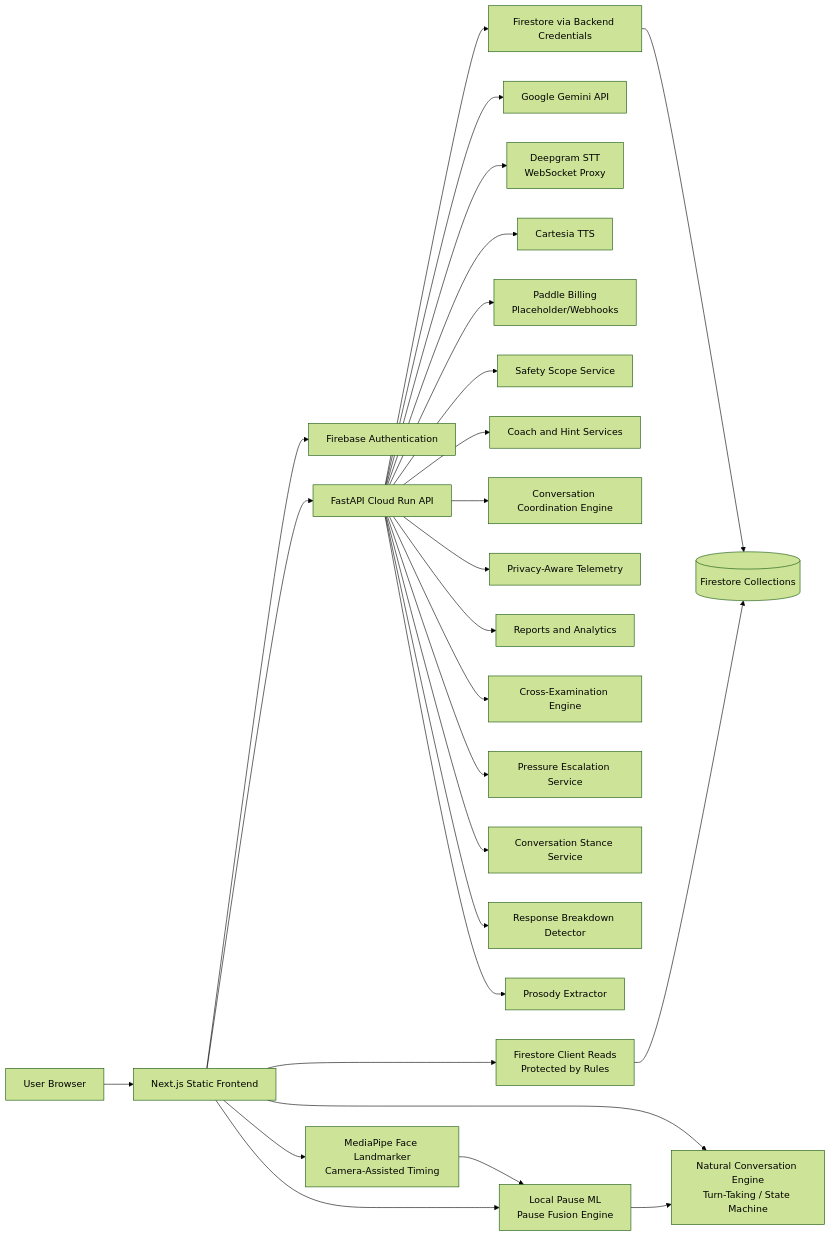
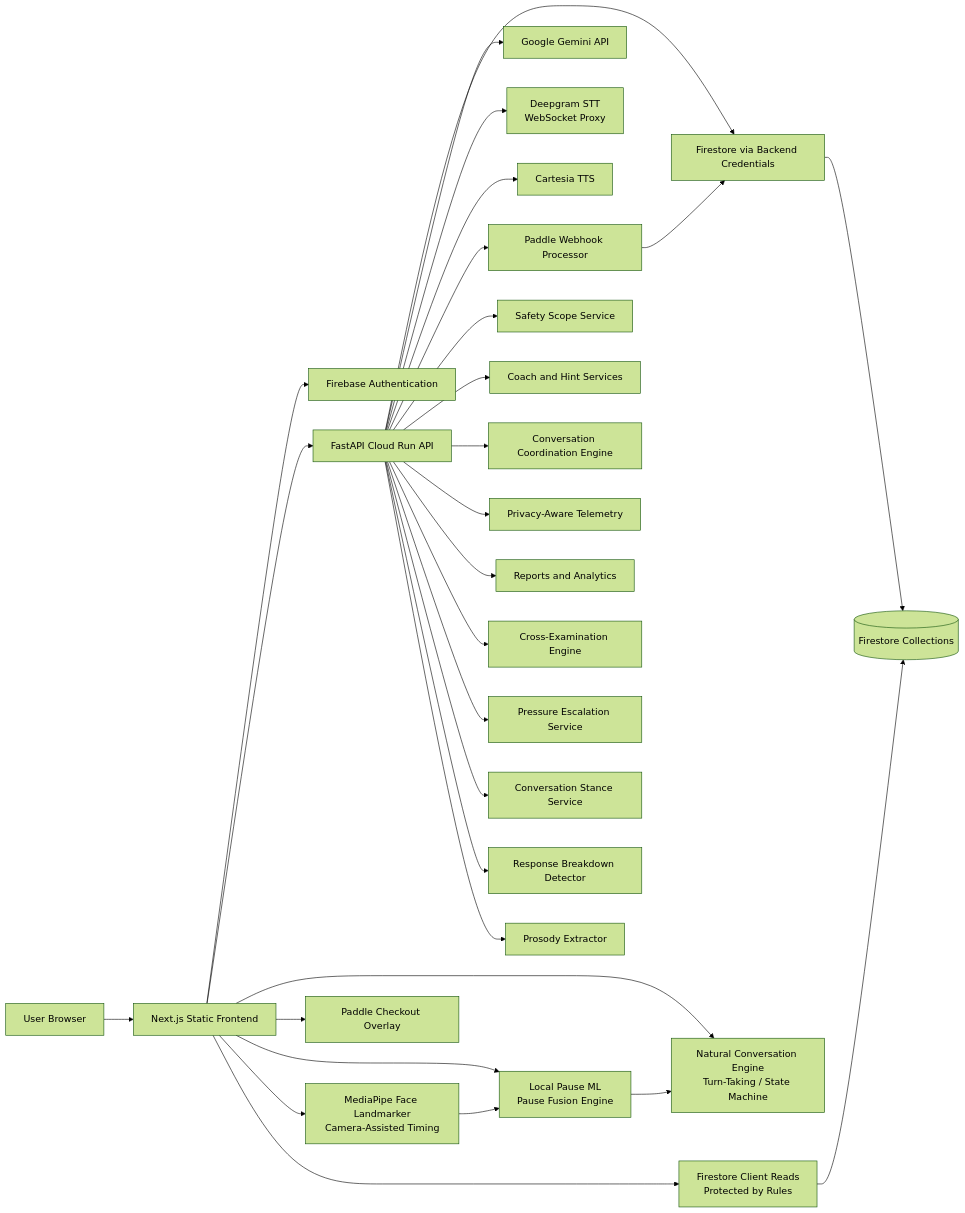
The first of 2 diagrams in docs/architecture.md (salkhan-ops/rehearseai), drawn with Mermaid (forest theme) before and after one commit. The commit also changed other lines of this file and 24 other files, not shown here.

````diff
--- a/docs/architecture.md
+++ b/docs/architecture.md
@@ -21,34 +22,37 @@
 ```mermaid
 flowchart LR
   User[User Browser] --> Frontend[Next.js Static Frontend]
   Frontend --> FirebaseAuth[Firebase Authentication]
   Frontend --> API[FastAPI Cloud Run API]
   Frontend --> FirestoreRules[Firestore Client Reads\nProtected by Rules]
 
   Frontend --> NaturalConv[Natural Conversation Engine\nTurn-Taking / State Machine]
   Frontend --> MediaPipe[MediaPipe Face Landmarker\nCamera-Assisted Timing]
   Frontend --> LocalML[Local Pause ML\nPause Fusion Engine]
+  Frontend --> Paddle[Paddle Checkout Overlay]
 
   MediaPipe --> LocalML
   LocalML --> NaturalConv
 
   API --> FirestoreAdmin[Firestore via Backend Credentials]
   API --> Gemini[Google Gemini API]
   API --> Deepgram[Deepgram STT\nWebSocket Proxy]
   API --> Cartesia[Cartesia TTS]
-  API --> Paddle[Paddle Billing\nPlaceholder/Webhooks]
+  API --> PaddleWebhook[Paddle Webhook Processor]
+
+  PaddleWebhook --> FirestoreAdmin
 
   FirestoreAdmin --> Data[(Firestore Collections)]
   FirestoreRules --> Data
 
   API --> Safety[Safety Scope Service]
   API --> Coach[Coach and Hint Services]
   API --> Coordination[Conversation Coordination Engine]
   API --> Telemetry[Privacy-Aware Telemetry]
   API --> Reports[Reports and Analytics]
   API --> CrossExam[Cross-Examination Engine]
   API --> Pressure[Pressure Escalation Service]
   API --> Stance[Conversation Stance Service]
   API --> Breakdown[Response Breakdown Detector]
   API --> Prosody[Prosody Extractor]
 ```
````
